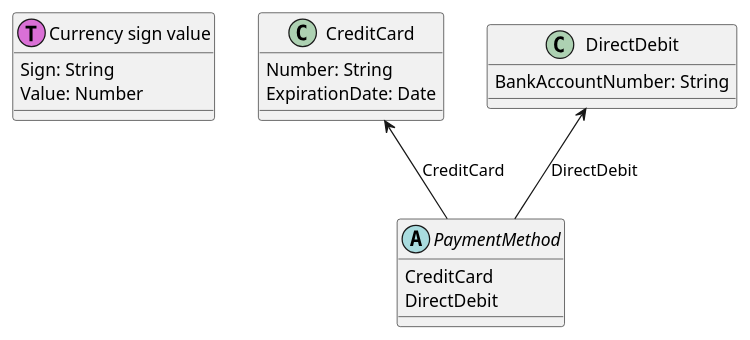
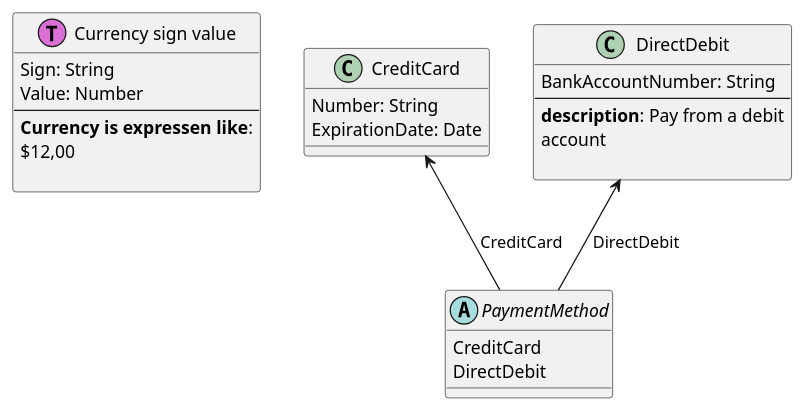
Before and after one commit to Baudin999/car-lang: the diagram in Examples/.out/v0.0.1/Financial/Financial.puml, drawn with PlantUML. The commit also changed 30 other files, not shown here.

```diff
--- a/Examples/.out/v0.0.1/Financial/Financial.puml
+++ b/Examples/.out/v0.0.1/Financial/Financial.puml
@@ -1,17 +1,25 @@
 class "Currency sign value" as Currency << (T,orchid) >> {
 	Sign: String 
 	Value: Number 
+--
+  <b>Currency is expressen like</b>:
+ $12,00
+    
 }
 class "CreditCard" as CreditCard  {
 	Number: String 
 	ExpirationDate: Date 
 }
 class "DirectDebit" as DirectDebit  {
 	BankAccountNumber: String 
+--
+  <b>description</b>: Pay from a debit
+ account
+    
 }
 abstract "PaymentMethod" as PaymentMethod {
 	CreditCard 
 	DirectDebit 
 }
 CreditCard <-- PaymentMethod : CreditCard
 DirectDebit <-- PaymentMethod : DirectDebit
```
